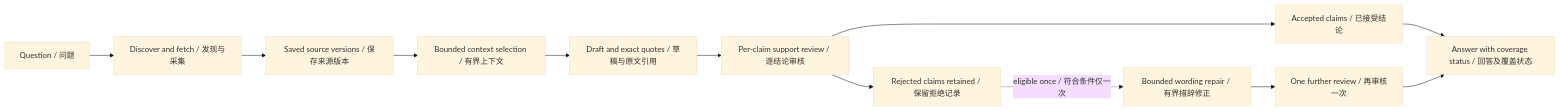
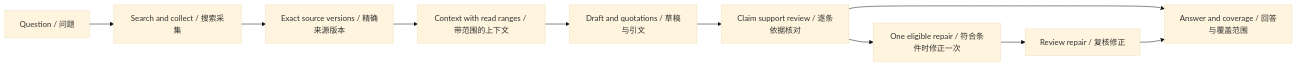
The second of 2 diagrams in docs/ARCHITECTURE.md (AresWei/Crawl_for_agent), drawn with Mermaid (base theme) before and after one commit. The commit also changed other lines of this file and 13 other files, not shown here.

````diff
--- a/docs/ARCHITECTURE.md
+++ b/docs/ARCHITECTURE.md
@@ -36,14 +55,12 @@
 ```mermaid
 flowchart LR
-    Q[Question / 问题] --> F[Discover and fetch / 发现与采集]
-    F --> V[Saved source versions / 保存来源版本]
-    V --> C[Bounded context selection / 有界上下文]
-    C --> D[Draft and exact quotes / 草稿与原文引用]
-    D --> R[Per-claim support review / 逐结论审核]
-    R --> A[Accepted claims / 已接受结论]
-    R --> J[Rejected claims retained / 保留拒绝记录]
-    J -. eligible once / 符合条件仅一次 .-> P[Bounded wording repair / 有界措辞修正]
-    P --> R2[One further review / 再审核一次]
-    A --> O[Answer with coverage status / 回答及覆盖状态]
+    Q[Question / 问题] --> F[Search and collect / 搜索采集]
+    F --> V[Exact source versions / 精确来源版本]
+    V --> C[Context with read ranges / 带范围的上下文]
+    C --> D[Draft and quotations / 草稿与引文]
+    D --> R[Claim support review / 逐条依据核对]
+    R --> O[Answer and coverage / 回答与覆盖范围]
+    R --> P[One eligible repair / 符合条件时修正一次]
+    P --> R2[Review repair / 复核修正]
     R2 --> O
 ```
````
